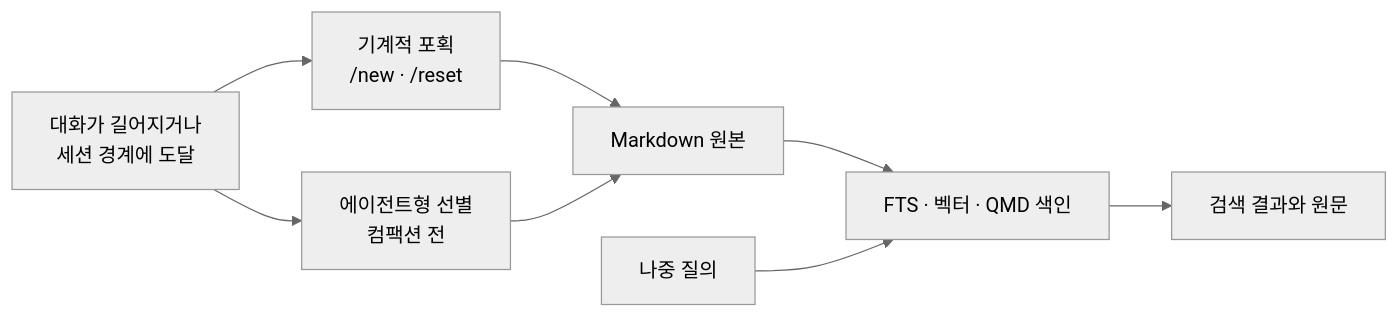
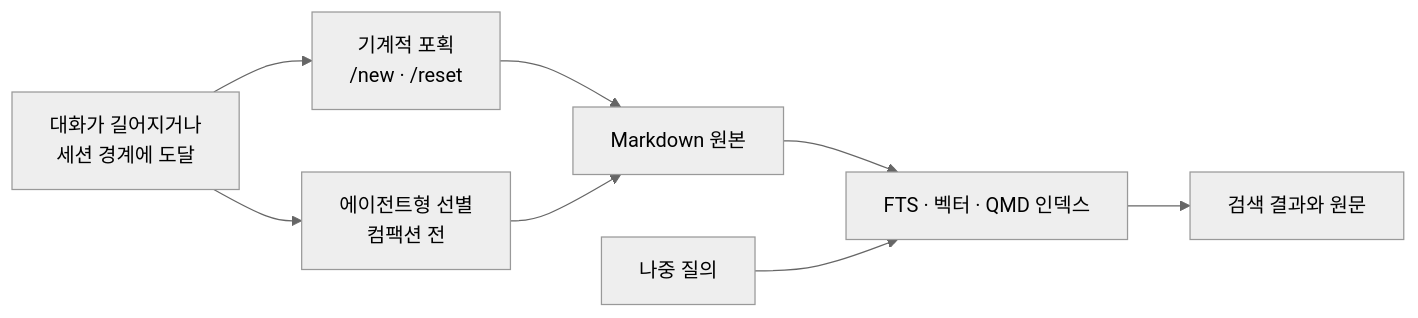
One commit to isingmodel/openclaw-memory-chronicle changed the diagram in openclaw-memory-ko/03-january-february-2026.md. Above: the diagram before and after it, drawn with Mermaid (neutral theme). The commit also changed other lines of this file and 17 other files, not shown here.

````diff
--- a/openclaw-memory-ko/03-january-february-2026.md
+++ b/openclaw-memory-ko/03-january-february-2026.md
@@ -75,10 +75,10 @@
 ```mermaid
 flowchart LR
     T[대화가 길어지거나<br/>세션 경계에 도달] --> C1[기계적 포획<br/>/new · /reset]
     T --> C2[에이전트형 선별<br/>컴팩션 전]
     C1 --> M[Markdown 원본]
     C2 --> M
-    M --> I[FTS · 벡터 · QMD 색인]
+    M --> I[FTS · 벡터 · QMD 인덱스]
     Q[나중 질의] --> I
     I --> R[검색 결과와 원문]
 ```
````
